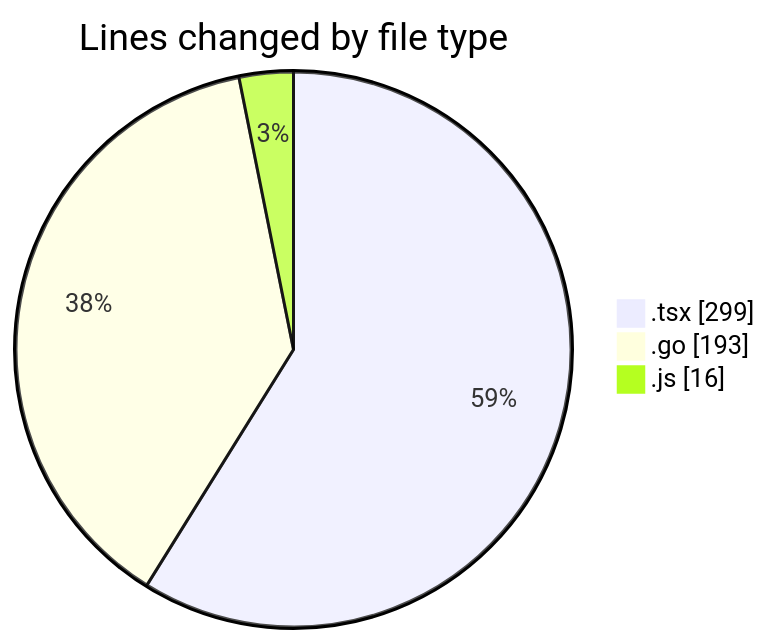
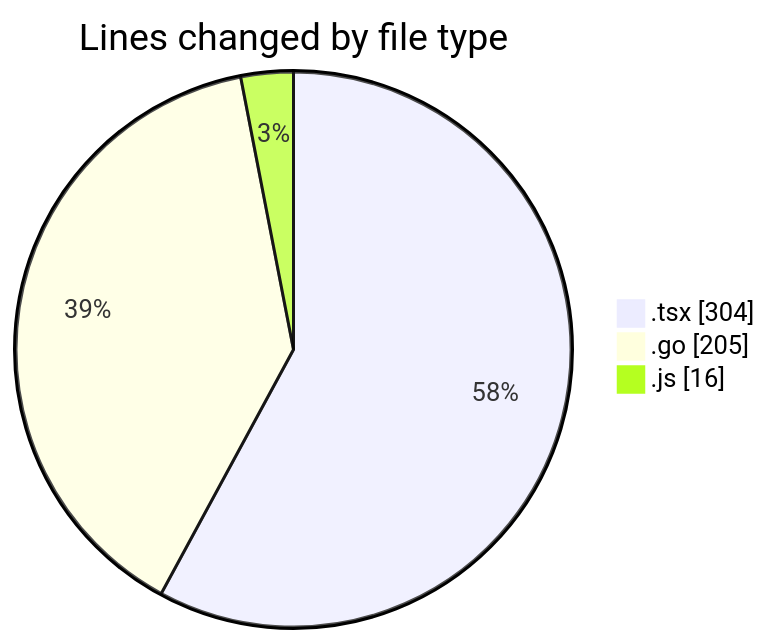
One commit to robertbonfada/code-tracking changed the first of 2 diagrams in 2025-03-04/termonied_testador/README.md. Above: the diagram before and after it, drawn with Mermaid. The commit also changed other lines of this file and 1 other file, not shown here.

````diff
--- a/2025-03-04/termonied_testador/README.md
+++ b/2025-03-04/termonied_testador/README.md
@@ -24,7 +24,7 @@
 ```mermaid
 pie showData
 title Lines changed by file type
-".tsx" : 299
-".go" : 193
+".tsx" : 304
+".go" : 205
 ".js" : 16
 ```
````
